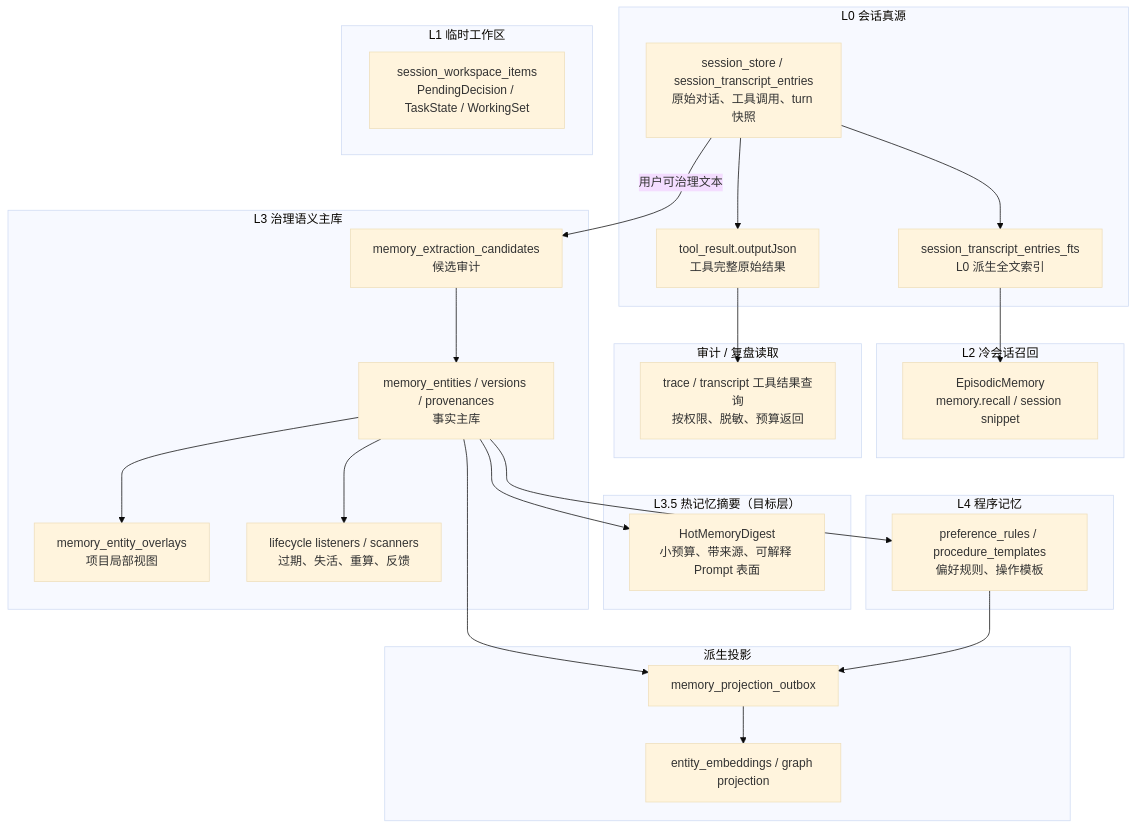
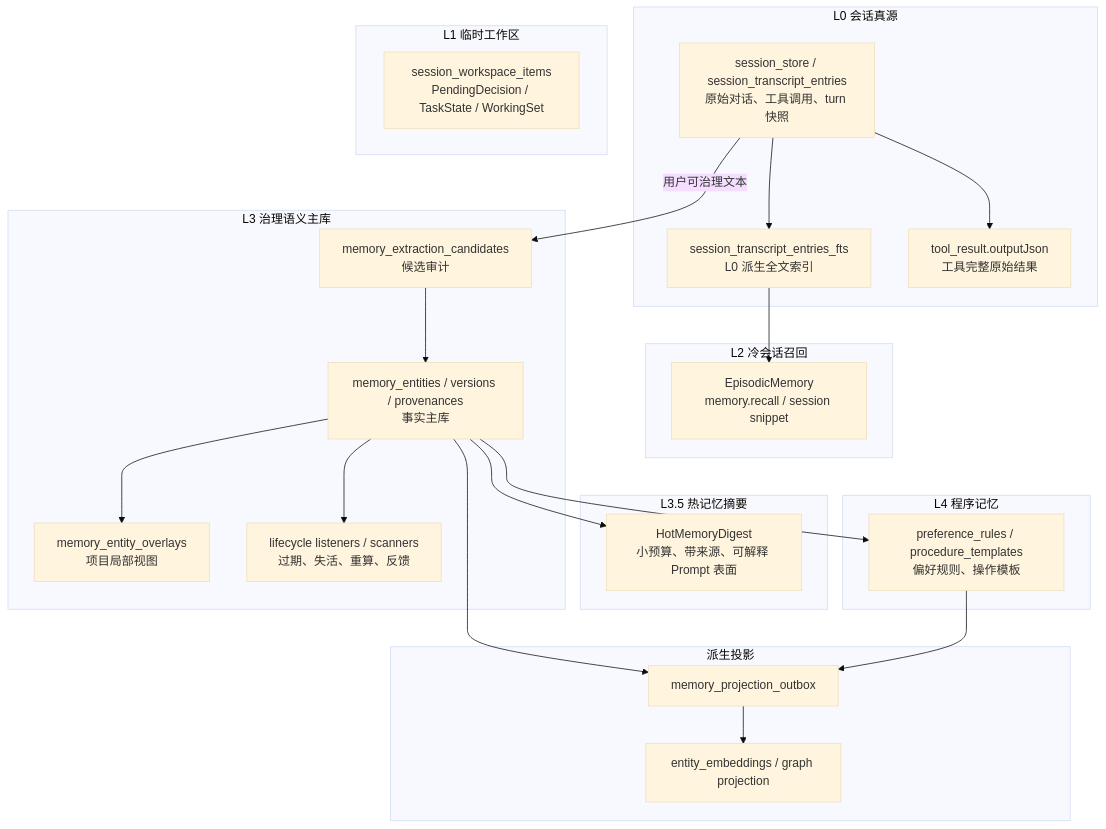
One commit to ntygod/LifePilot changed the first of 2 diagrams in docs/architecture/memory-system.md. Above: the diagram before and after it, drawn with Mermaid (base theme). The commit also changed other lines of this file and 192 other files, not shown here.

````diff
--- a/docs/architecture/memory-system.md
+++ b/docs/architecture/memory-system.md
@@ -80,52 +42,48 @@
 ```mermaid
 flowchart TB
     subgraph L0["L0 会话真源"]
         Transcript["session_store / session_transcript_entries<br/>原始对话、工具调用、turn 快照"]
         FTS["session_transcript_entries_fts<br/>L0 派生全文索引"]
         ToolRaw["tool_result.outputJson<br/>工具完整原始结果"]
     end
 
     subgraph L1["L1 临时工作区"]
         Workspace["session_workspace_items<br/>PendingDecision / TaskState / WorkingSet"]
     end
 
     subgraph L2["L2 冷会话召回"]
         Episodic["EpisodicMemory<br/>memory.recall / session snippet"]
     end
 
-    subgraph TraceRead["审计 / 复盘读取"]
-        ToolReplay["trace / transcript 工具结果查询<br/>按权限、脱敏、预算返回"]
-    end
-
     subgraph L3["L3 治理语义主库"]
         Candidates["memory_extraction_candidates<br/>候选审计"]
         Entities["memory_entities / versions / provenances<br/>事实主库"]
         Overlays["memory_entity_overlays<br/>项目局部视图"]
         Lifecycle["lifecycle listeners / scanners<br/>过期、失活、重算、反馈"]
     end
 
-    subgraph L35["L3.5 热记忆摘要（目标层）"]
+    subgraph L35["L3.5 热记忆摘要"]
         HotDigest["HotMemoryDigest<br/>小预算、带来源、可解释 Prompt 表面"]
     end
 
     subgraph L4["L4 程序记忆"]
         Procedure["preference_rules / procedure_templates<br/>偏好规则、操作模板"]
     end
 
     subgraph Projection["派生投影"]
         Outbox["memory_projection_outbox"]
         Vector["entity_embeddings / graph projection"]
     end
 
     Transcript --> FTS --> Episodic
-    Transcript --> ToolRaw --> ToolReplay
+    Transcript --> ToolRaw
     Transcript -->|用户可治理文本| Candidates
     Candidates --> Entities
     Entities --> Overlays
     Entities --> Lifecycle
     Entities --> HotDigest
     Entities --> Procedure
     Entities --> Outbox
     Procedure --> Outbox
     Outbox --> Vector
 ```
````
